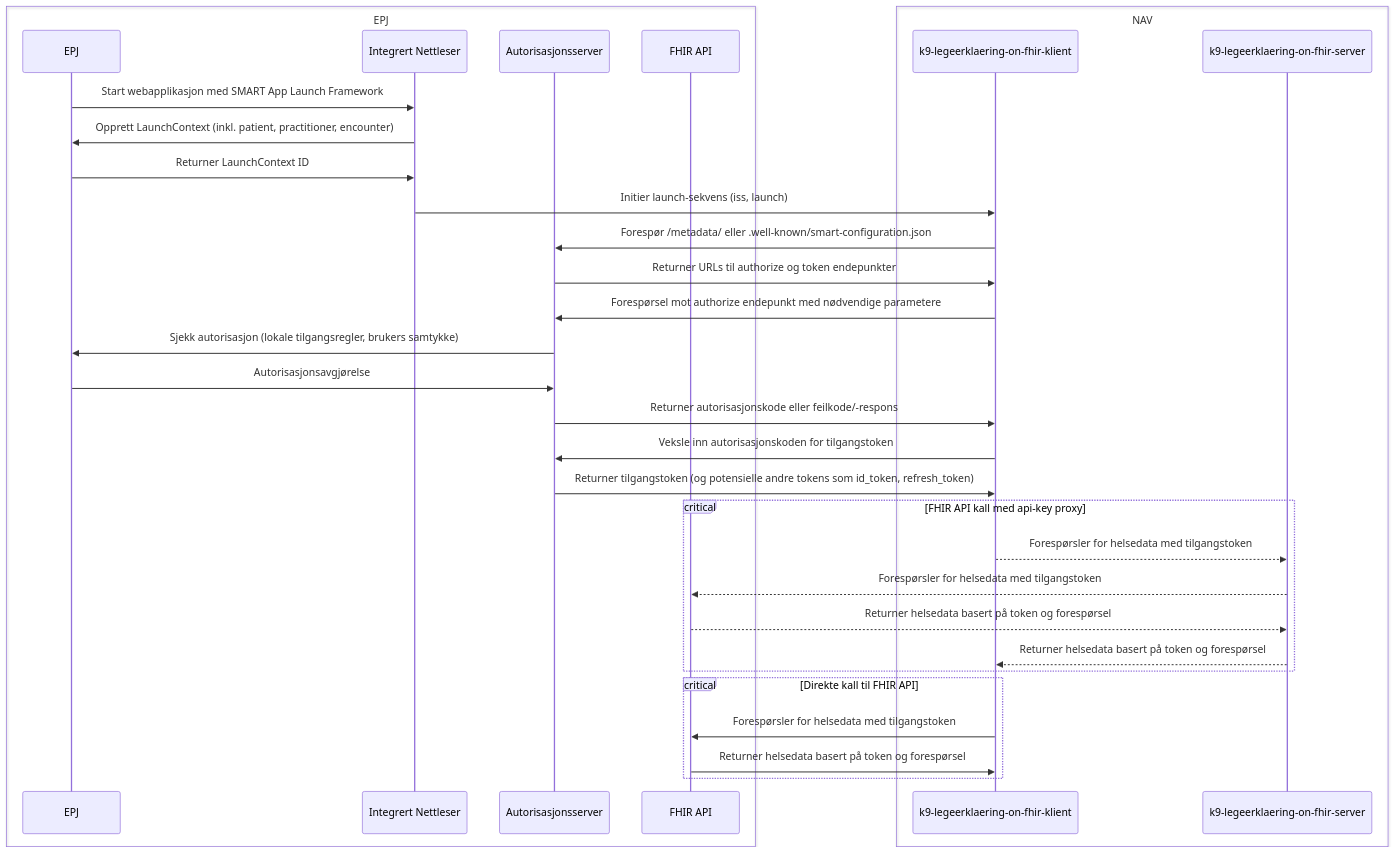
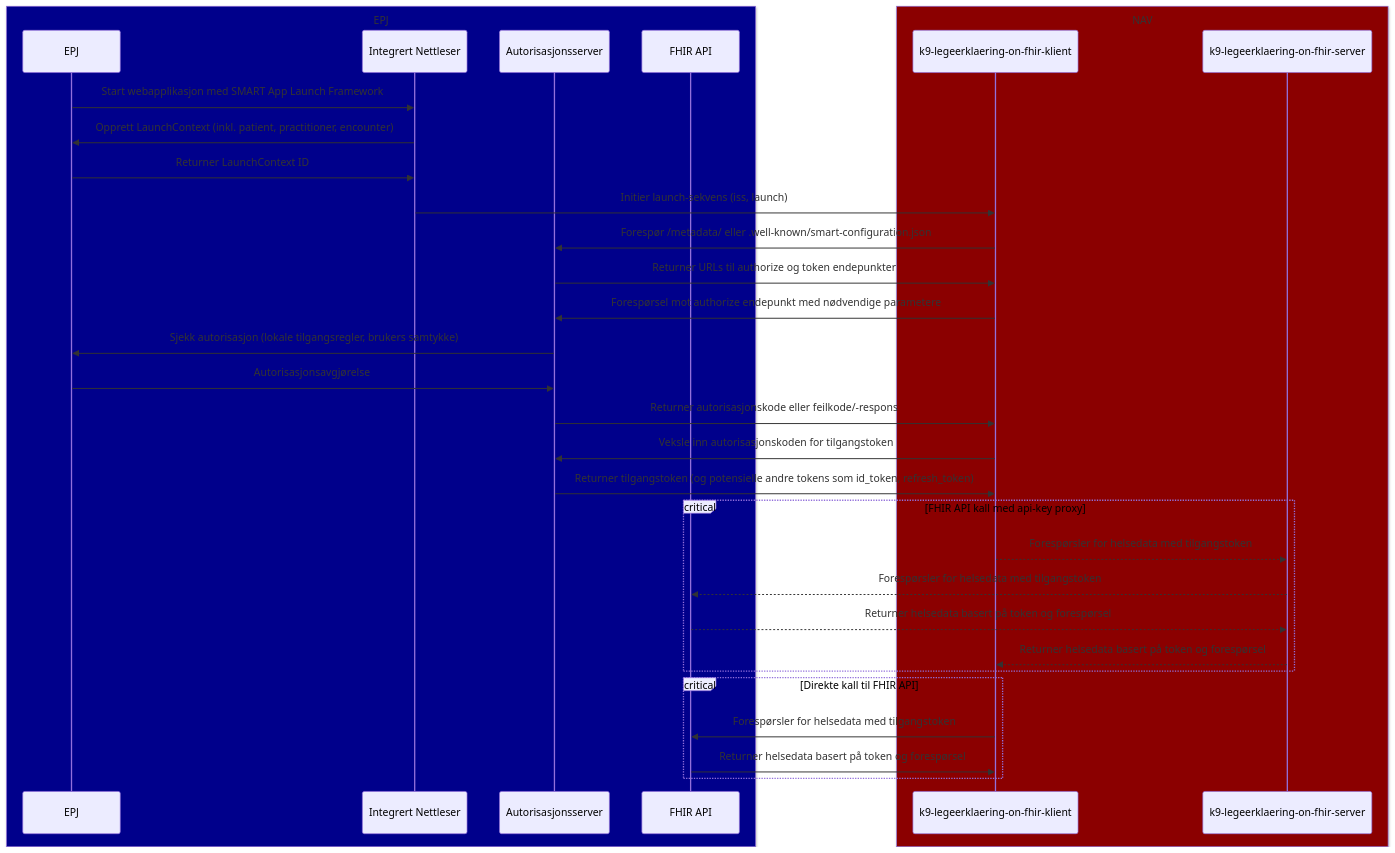
One commit to navikt/k9-legeerklaering-on-fihr changed the diagram in README.md. Above: the diagram before and after it, drawn with Mermaid.

Commit message:
bruk farger til å skille bokser i løsningsbeskrivelsen

````diff
--- a/README.md
+++ b/README.md
@@ -68,38 +68,38 @@
 ```mermaid
 sequenceDiagram
-    box EPJ
+    box DarkBlue EPJ
         participant EPJ as EPJ
         participant Browser as Integrert Nettleser
         participant AuthServer as Autorisasjonsserver
         participant FHIR as FHIR API
     end
-    box NAV
+    box DarkRed NAV
         participant App as k9-legeerklaering-on-fhir-klient
         participant AppBackend as k9-legeerklaering-on-fhir-server
     end
 
     EPJ ->> Browser: Start webapplikasjon med SMART App Launch Framework
     Browser ->> EPJ: Opprett LaunchContext (inkl. patient, practitioner, encounter)
     EPJ ->> Browser: Returner LaunchContext ID
     Browser ->> App: Initier launch-sekvens (iss, launch)
     App ->> AuthServer: Forespør /metadata/ eller .well-known/smart-configuration.json
     AuthServer ->> App: Returner URLs til authorize og token endepunkter
     App ->> AuthServer: Forespørsel mot authorize endepunkt med nødvendige parametere
     AuthServer ->> EPJ: Sjekk autorisasjon (lokale tilgangsregler, brukers samtykke)
     EPJ ->> AuthServer: Autorisasjonsavgjørelse
     AuthServer ->> App: Returner autorisasjonskode eller feilkode/-respons
     App ->> AuthServer: Veksle inn autorisasjonskoden for tilgangstoken
     AuthServer ->> App: Returner tilgangstoken (og potensielle andre tokens som id_token, refresh_token)
 
     critical FHIR API kall med api-key proxy
         App -->> AppBackend: Forespørsler for helsedata med tilgangstoken
         AppBackend -->> FHIR: Forespørsler for helsedata med tilgangstoken
         FHIR -->> AppBackend: Returner helsedata basert på token og forespørsel
         AppBackend -->> App: Returner helsedata basert på token og forespørsel
     end
 
     critical Direkte kall til FHIR API
         App ->> FHIR: Forespørsler for helsedata med tilgangstoken
         FHIR ->> App: Returner helsedata basert på token og forespørsel
     end
 ```
````
